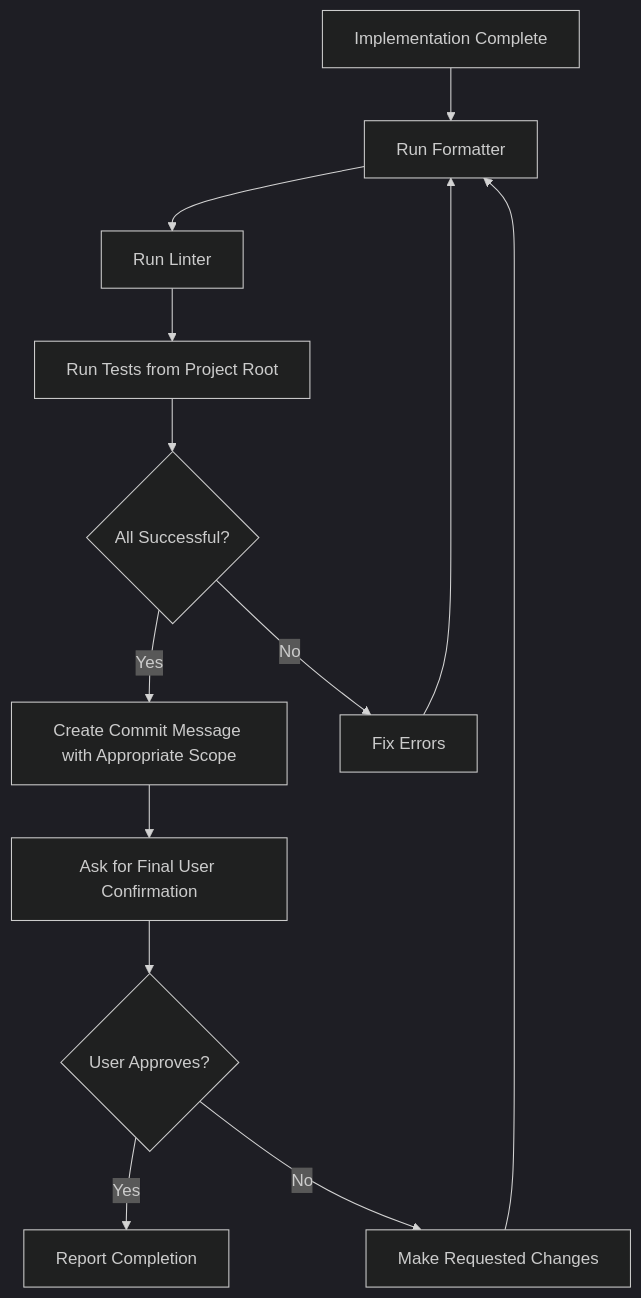
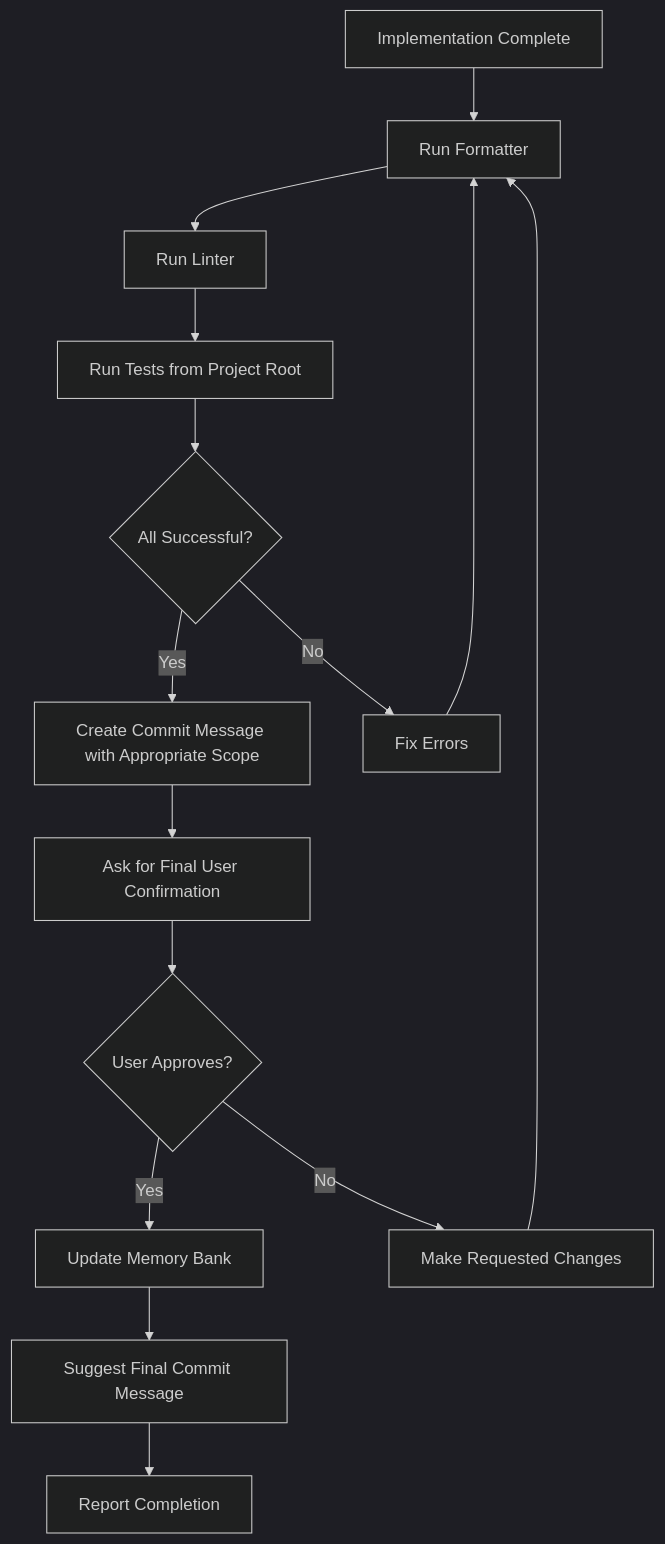
The fourth of 4 diagrams in memory-bank/techContext.md (likr/egraph-rs), drawn with Mermaid (dark theme) before and after one commit. The commit also changed other lines of this file and 2 other files, not shown here.

````diff
--- a/memory-bank/techContext.md
+++ b/memory-bank/techContext.md
@@ -387,15 +408,17 @@
 ```mermaid
 flowchart TD
     A[Implementation Complete] --> B[Run Formatter]
     B --> C[Run Linter]
     C --> D[Run Tests from Project Root]
     D --> E{All Successful?}
     E -->|Yes| F[Create Commit Message with Appropriate Scope]
     E -->|No| G[Fix Errors]
     G --> B
     F --> I[Ask for Final User Confirmation]
     I --> J{User Approves?}
-    J -->|Yes| H[Report Completion]
-    J -->|No| K[Make Requested Changes]
-    K --> B
+    J -->|Yes| K[Update Memory Bank]
+    K --> L[Suggest Final Commit Message]
+    L --> H[Report Completion]
+    J -->|No| M[Make Requested Changes]
+    M --> B
 ```
````
